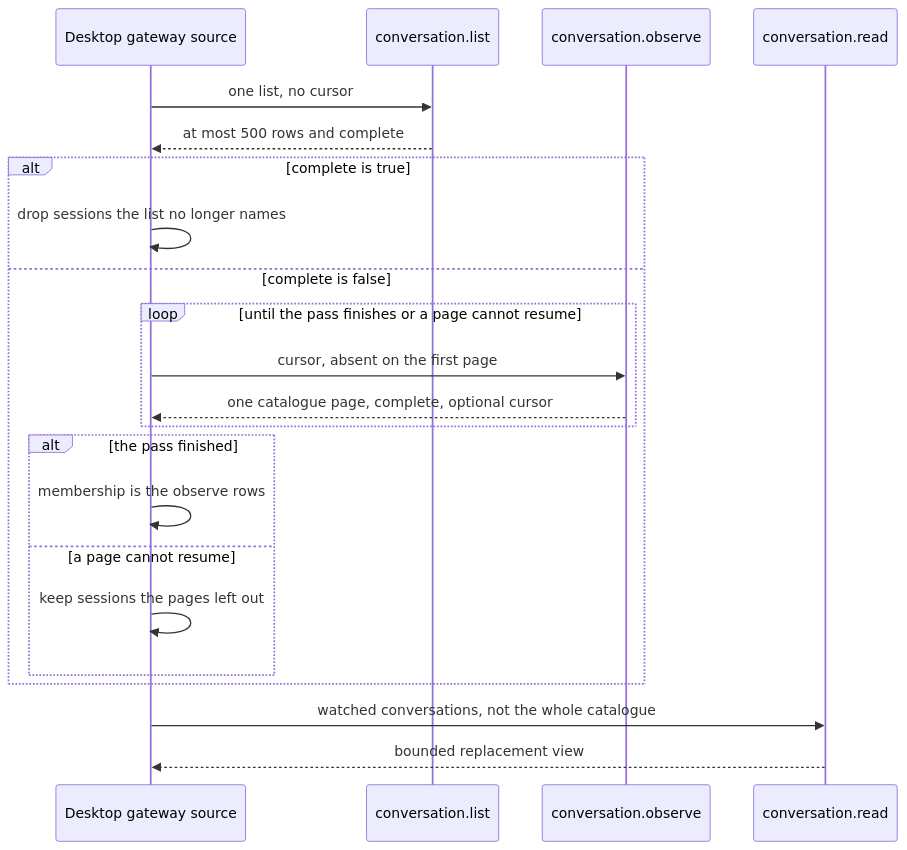
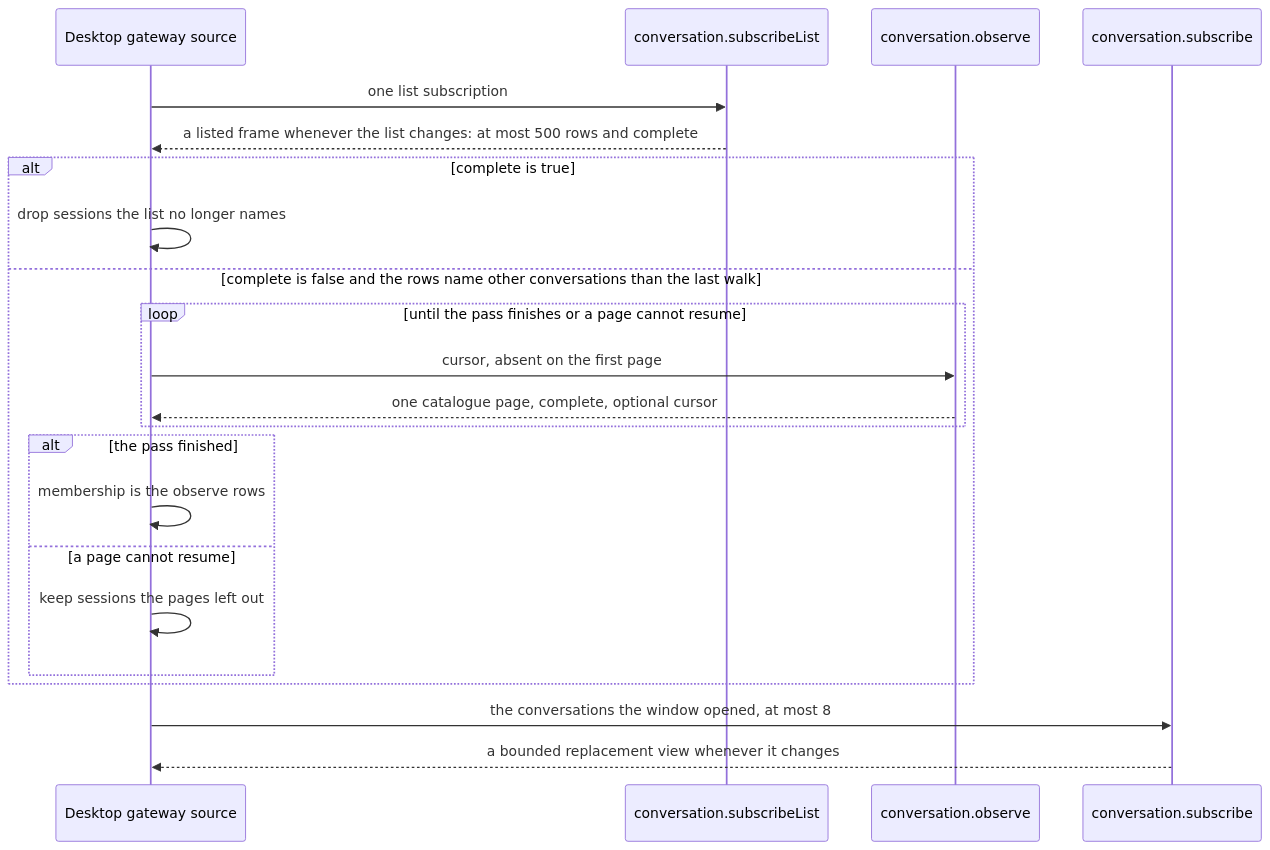
Before and after one commit to nessalabs/nessa-agent: the first of 2 diagrams in docs/design/ui-workspace-load.md, drawn with Mermaid. The commit also changed other lines of this file and 41 other files, not shown here.

````diff
--- a/docs/design/ui-workspace-load.md
+++ b/docs/design/ui-workspace-load.md
@@ -35,24 +35,24 @@
 ```mermaid
 sequenceDiagram
     participant UI as Desktop gateway source
-    participant List as conversation.list
+    participant List as conversation.subscribeList
     participant Observe as conversation.observe
-    participant Read as conversation.read
-    UI->>List: one list, no cursor
-    List-->>UI: at most 500 rows and complete
+    participant View as conversation.subscribe
+    UI->>List: one list subscription
+    List-->>UI: a listed frame whenever the list changes: at most 500 rows and complete
     alt complete is true
         UI->>UI: drop sessions the list no longer names
-    else complete is false
+    else complete is false and the rows name other conversations than the last walk
         loop until the pass finishes or a page cannot resume
             UI->>Observe: cursor, absent on the first page
             Observe-->>UI: one catalogue page, complete, optional cursor
         end
         alt the pass finished
             UI->>UI: membership is the observe rows
         else a page cannot resume
             UI->>UI: keep sessions the pages left out
         end
     end
-    UI->>Read: watched conversations, not the whole catalogue
-    Read-->>UI: bounded replacement view
+    UI->>View: the conversations the window opened, at most 8
+    View-->>UI: a bounded replacement view whenever it changes
 ```
````
